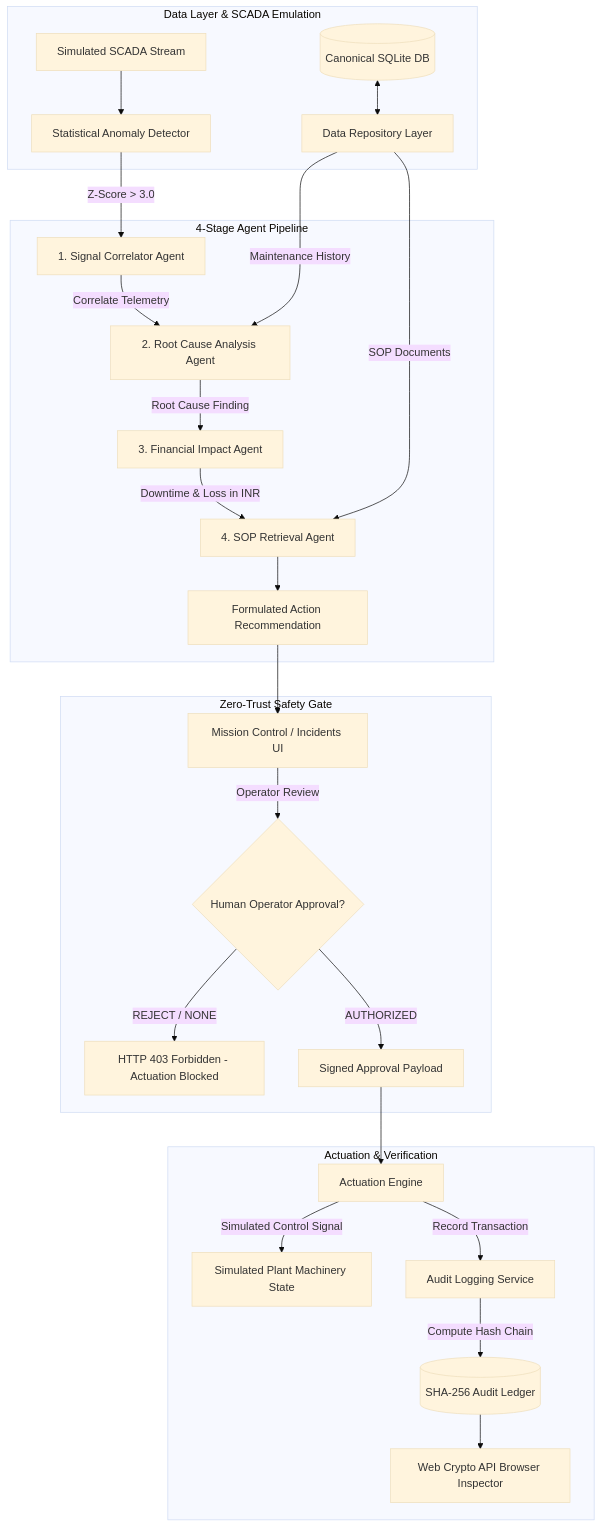
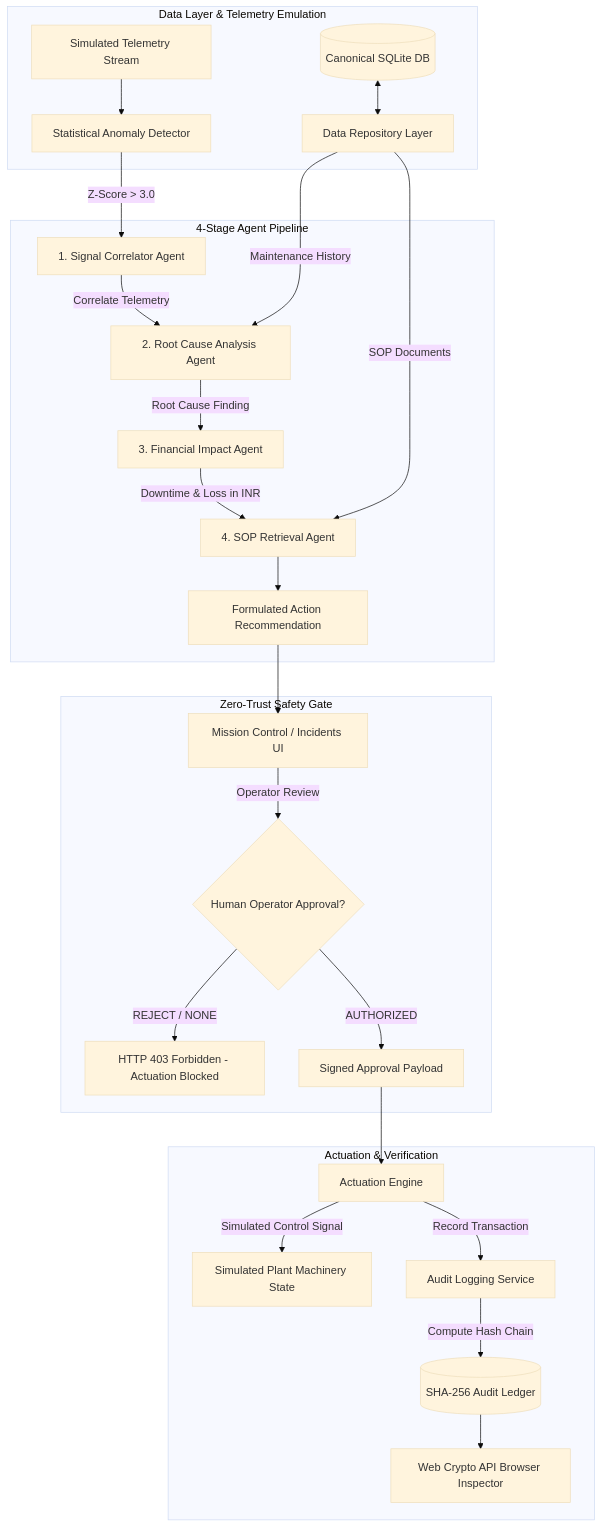
Before and after one commit to maitray-agrawal/Industrial_CrisisOps: the diagram in README.md, drawn with Mermaid (base theme). The commit also changed other lines of this file and 9 other files, not shown here.

````diff
--- a/README.md
+++ b/README.md
@@ -61,32 +61,32 @@
 ```mermaid
 flowchart TD
-    subgraph Data Layer & SCADA Emulation
-        SCADA[Simulated SCADA Stream] --> AD[Statistical Anomaly Detector]
+    subgraph Data Layer & Telemetry Emulation
+        SCADA[Simulated Telemetry Stream] --> AD[Statistical Anomaly Detector]
         DB[(Canonical SQLite DB)] <--> REPO[Data Repository Layer]
     end
 
     subgraph 4-Stage Agent Pipeline
         AD -->|Z-Score > 3.0| SIG[1. Signal Correlator Agent]
         SIG -->|Correlate Telemetry| RCA[2. Root Cause Analysis Agent]
         REPO -->|Maintenance History| RCA
         RCA -->|Root Cause Finding| IMP[3. Financial Impact Agent]
         IMP -->|Downtime & Loss in INR| SOP[4. SOP Retrieval Agent]
         REPO -->|SOP Documents| SOP
         SOP --> REC[Formulated Action Recommendation]
     end
 
     subgraph Zero-Trust Safety Gate
         REC --> UI[Mission Control / Incidents UI]
         UI -->|Operator Review| GATE{Human Operator Approval?}
         GATE -- REJECT / NONE --> BLOCK[HTTP 403 Forbidden - Actuation Blocked]
         GATE -- AUTHORIZED --> AUTH[Signed Approval Payload]
     end
 
     subgraph Actuation & Verification
         AUTH --> ACT[Actuation Engine]
         ACT -->|Simulated Control Signal| PLC[Simulated Plant Machinery State]
         ACT -->|Record Transaction| AUDIT[Audit Logging Service]
         AUDIT -->|Compute Hash Chain| CHAIN[(SHA-256 Audit Ledger)]
         CHAIN --> HASH_UI[Web Crypto API Browser Inspector]
     end
 ```
````
